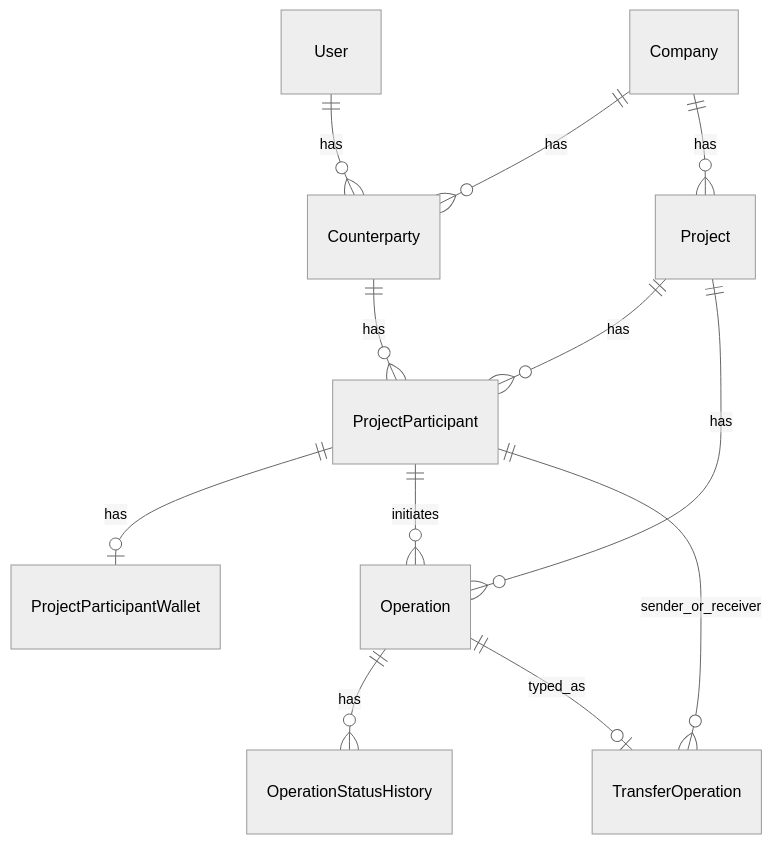
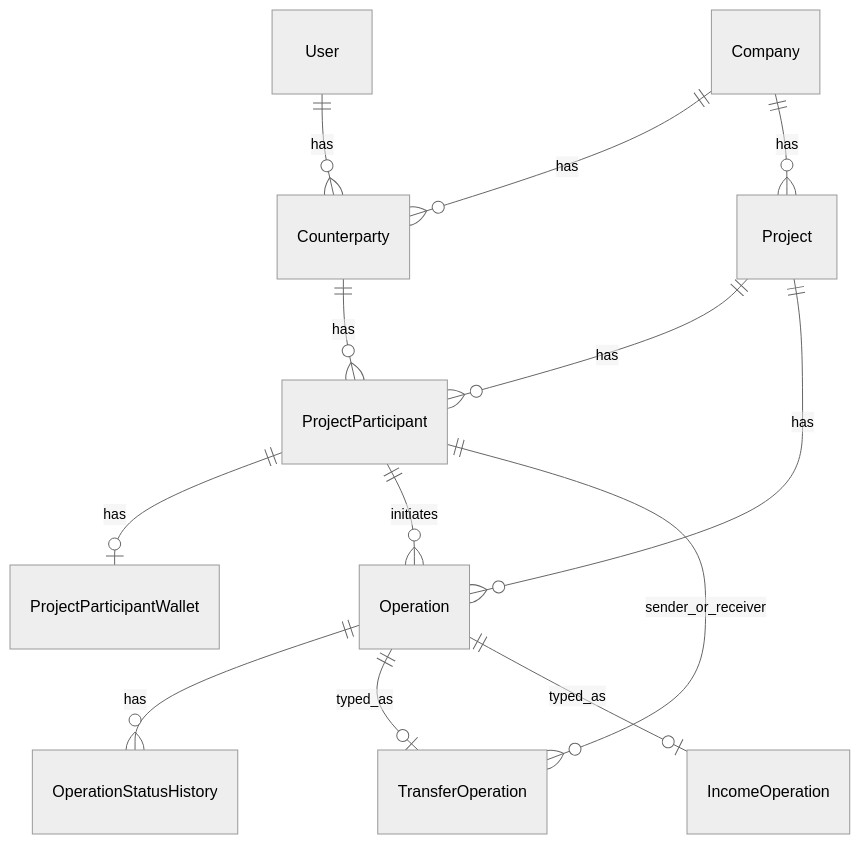
The diagram in docs/GURU_ARCHITECTURE_AND_STANDARDS.md (Konstantin1795/GuruApp), drawn with Mermaid (neutral theme) before and after one commit. The commit also changed other lines of this file and 74 other files, not shown here.

````diff
--- a/docs/GURU_ARCHITECTURE_AND_STANDARDS.md
+++ b/docs/GURU_ARCHITECTURE_AND_STANDARDS.md
@@ -315,14 +355,15 @@
 ```mermaid
 erDiagram
     User ||--o{ Counterparty : has
     Company ||--o{ Counterparty : has
     Company ||--o{ Project : has
     Project ||--o{ ProjectParticipant : has
     Counterparty ||--o{ ProjectParticipant : has
     ProjectParticipant ||--o| ProjectParticipantWallet : has
     Project ||--o{ Operation : has
     ProjectParticipant ||--o{ Operation : initiates
     Operation ||--o{ OperationStatusHistory : has
     Operation ||--o| TransferOperation : typed_as
+    Operation ||--o| IncomeOperation : typed_as
     ProjectParticipant ||--o{ TransferOperation : sender_or_receiver
 ```
````
